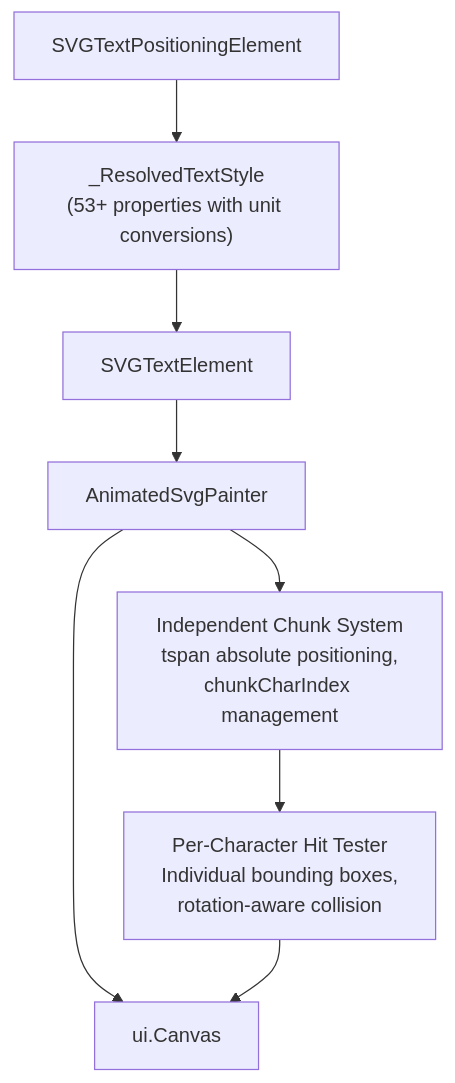
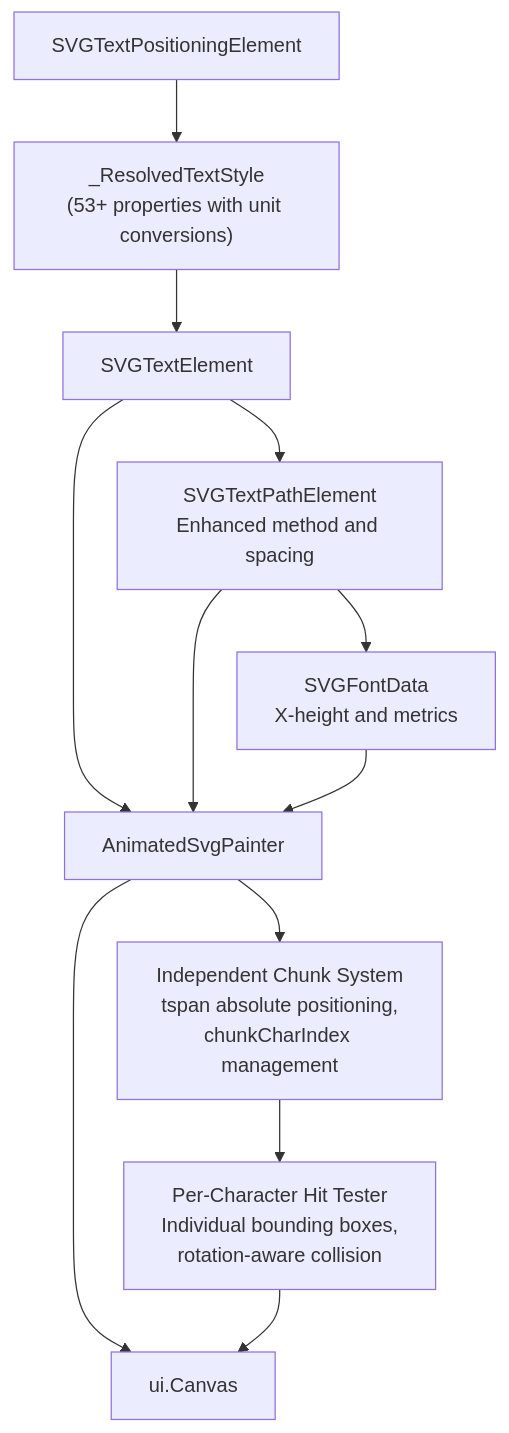
Before and after one commit to denisnadey/flutter_full_svg_support: the sixth of 6 diagrams in .qoder/repowiki/en/content/Animated SVG Support/Text Positioning Attributes.md, drawn with Mermaid. The commit also changed other lines of this file and 31 other files, not shown here.

````diff
--- a/.qoder/repowiki/en/content/Animated SVG Support/Text Positioning Attributes.md
+++ b/.qoder/repowiki/en/content/Animated SVG Support/Text Positioning Attributes.md
@@ -532,10 +741,14 @@
 ```mermaid
 graph TB
 SVGTextPositioningElement["SVGTextPositioningElement"] --> CSSResolver["_ResolvedTextStyle<br/>(53+ properties with unit conversions)"]
 CSSResolver --> SVGTextElement["SVGTextElement"]
+SVGTextElement --> SVGTextPathElement["SVGTextPathElement<br/>Enhanced method and spacing"]
+SVGTextPathElement --> SVGFontData["SVGFontData<br/>X-height and metrics"]
 SVGTextElement --> AnimatedSvgPainter["AnimatedSvgPainter"]
+SVGTextPathElement --> AnimatedSvgPainter
+SVGFontData --> AnimatedSvgPainter
 AnimatedSvgPainter --> ChunkSystem["Independent Chunk System<br/>tspan absolute positioning,<br/>chunkCharIndex management"]
 ChunkSystem --> HitTester["Per-Character Hit Tester<br/>Individual bounding boxes,<br/>rotation-aware collision"]
 AnimatedSvgPainter --> Canvas["ui.Canvas"]
 HitTester --> Canvas
 ```
````
